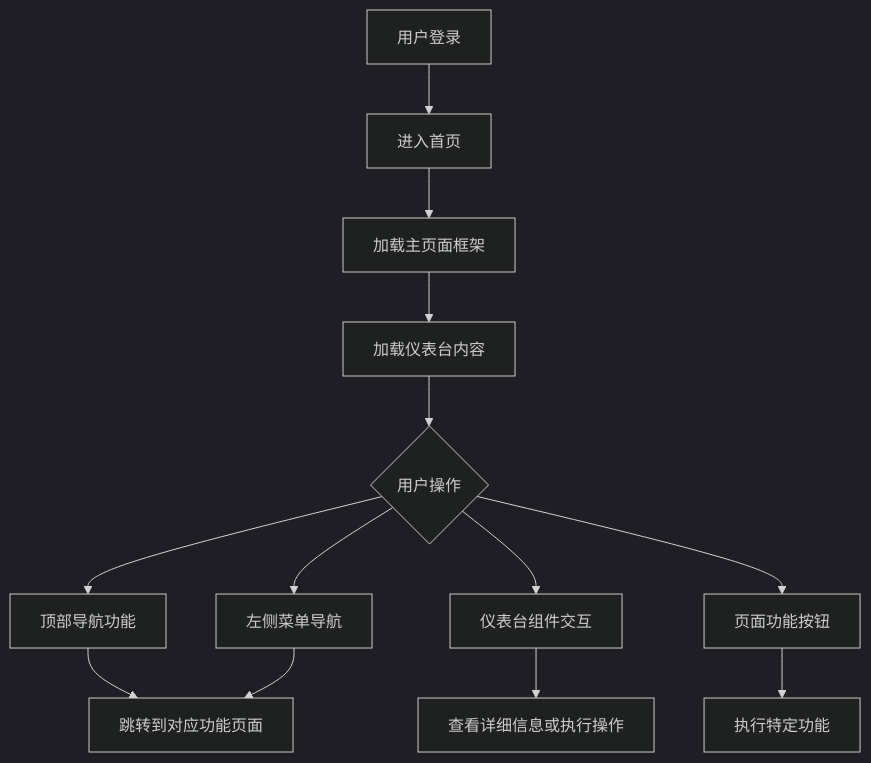
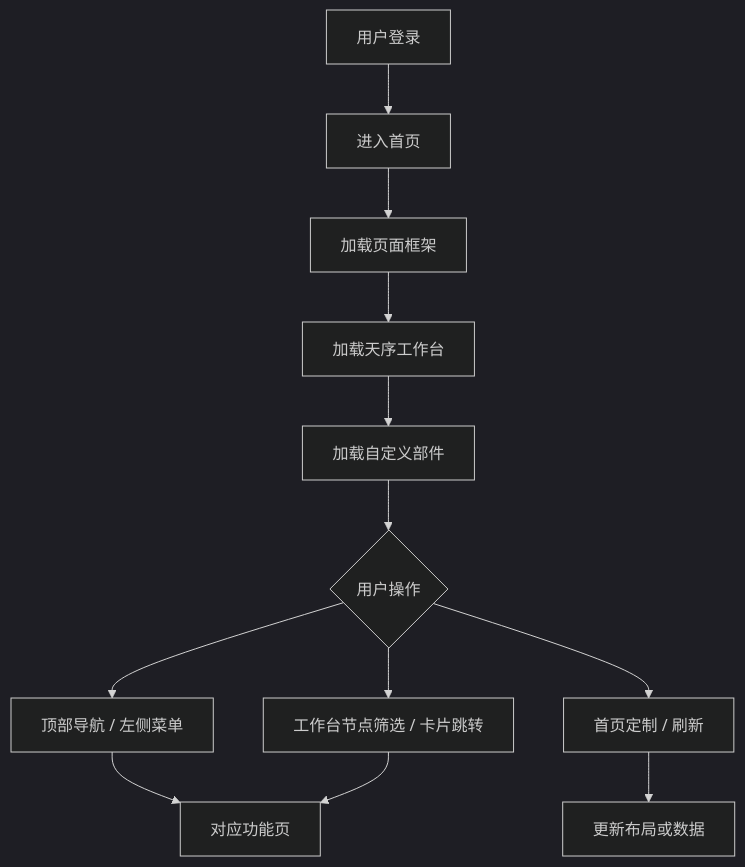
Before and after one commit to xylplm/media-saber-wiki: the diagram in src/usage/main_page/README.md, drawn with Mermaid (dark theme). The commit also changed other lines of this file and 7 other files, not shown here.

````diff
--- a/src/usage/main_page/README.md
+++ b/src/usage/main_page/README.md
@@ -150,15 +195,14 @@
 ```mermaid
 graph TD
     A[用户登录] --> B[进入首页]
-    B --> C[加载主页面框架]
-    C --> D[加载仪表台内容]
-    D --> E{用户操作}
-    E --> F[顶部导航功能]
-    E --> G[左侧菜单导航]
-    E --> H[仪表台组件交互]
-    E --> I[页面功能按钮]
-    F --> J[跳转到对应功能页面]
-    G --> J
-    H --> K[查看详细信息或执行操作]
-    I --> L[执行特定功能]
+    B --> C[加载页面框架]
+    C --> D[加载天序工作台]
+    D --> E[加载自定义部件]
+    E --> F{用户操作}
+    F --> G[顶部导航 / 左侧菜单]
+    F --> H[工作台节点筛选 / 卡片跳转]
+    F --> I[首页定制 / 刷新]
+    G --> J[对应功能页]
+    H --> J
+    I --> K[更新布局或数据]
 ```
````
